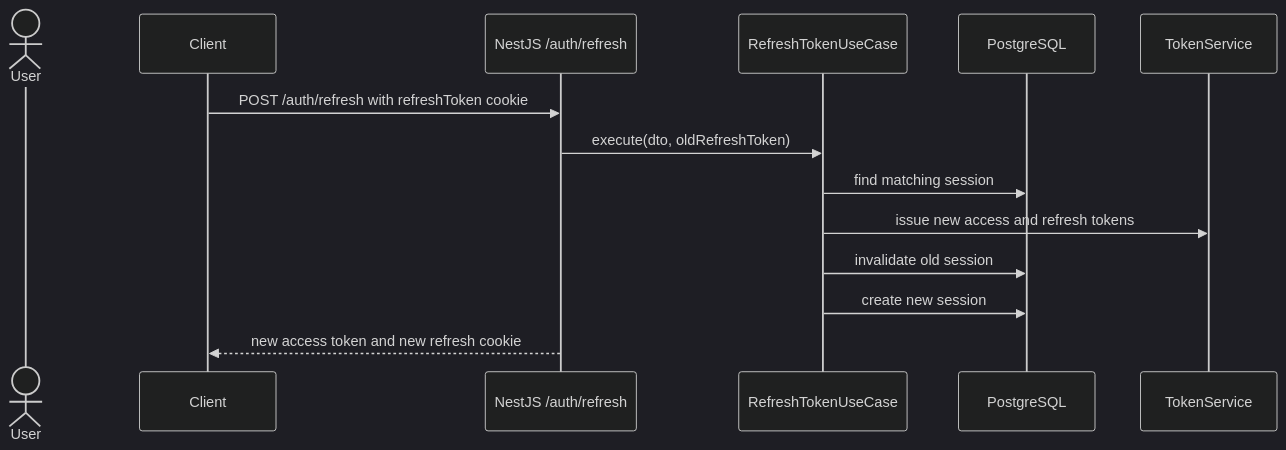
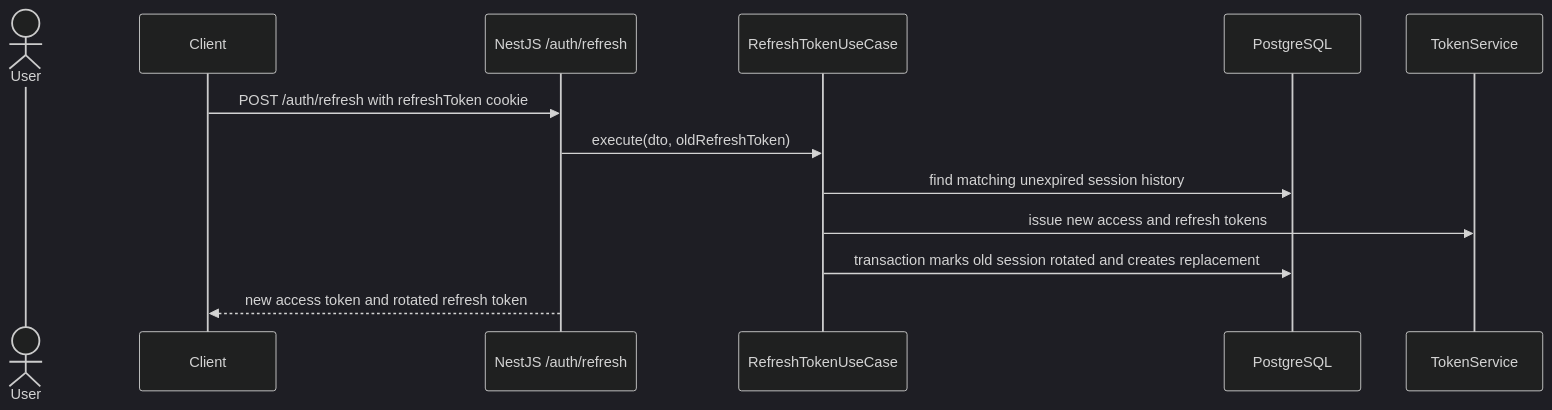
Before and after one commit to Erics-Barbers/erics-barbers-docs: the tenth of 11 diagrams in Authentication Flows.md, drawn with Mermaid (dark theme). The commit also changed other lines of this file and 6 other files, not shown here.

````diff
--- a/Authentication Flows.md
+++ b/Authentication Flows.md
@@ -527,17 +574,16 @@
 ```mermaid
 sequenceDiagram
     actor User
     participant Client
     participant NestRefresh as NestJS /auth/refresh
     participant RefreshUseCase as RefreshTokenUseCase
     participant DB as PostgreSQL
     participant TokenService as TokenService
 
     Client->>NestRefresh: POST /auth/refresh with refreshToken cookie
     NestRefresh->>RefreshUseCase: execute(dto, oldRefreshToken)
-    RefreshUseCase->>DB: find matching session
+    RefreshUseCase->>DB: find matching unexpired session history
     RefreshUseCase->>TokenService: issue new access and refresh tokens
-    RefreshUseCase->>DB: invalidate old session
-    RefreshUseCase->>DB: create new session
-    NestRefresh-->>Client: new access token and new refresh cookie
+    RefreshUseCase->>DB: transaction marks old session rotated and creates replacement
+    NestRefresh-->>Client: new access token and rotated refresh token
 ```
````
